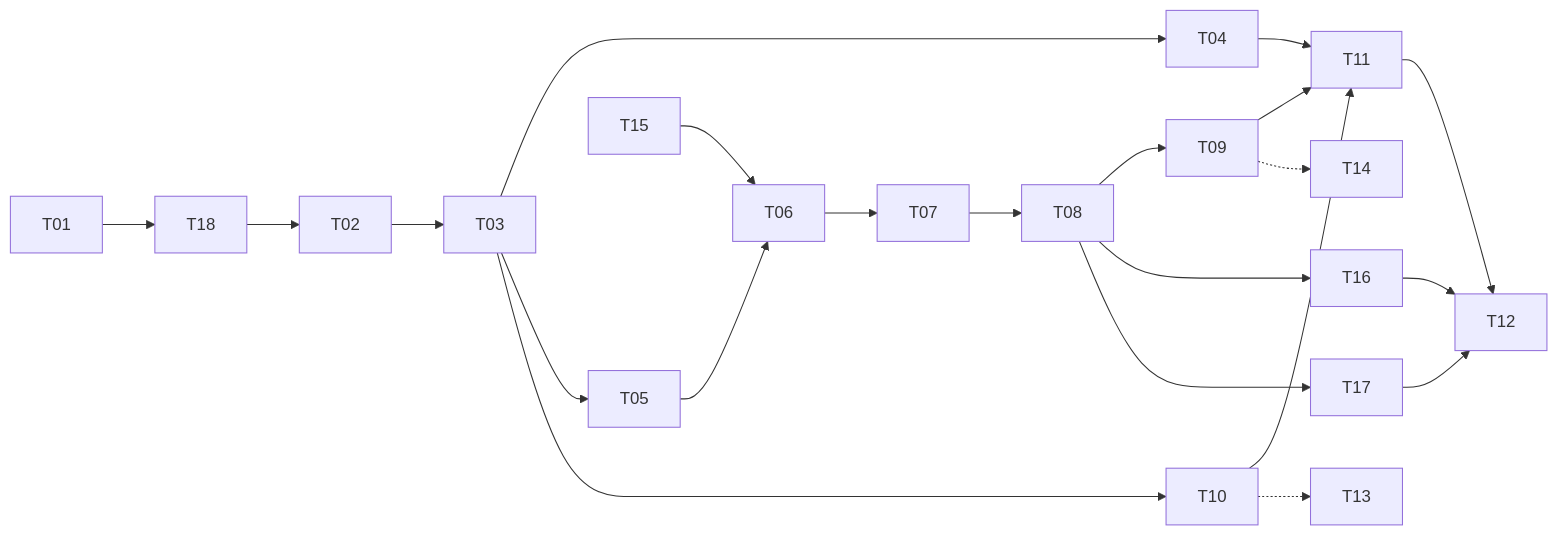
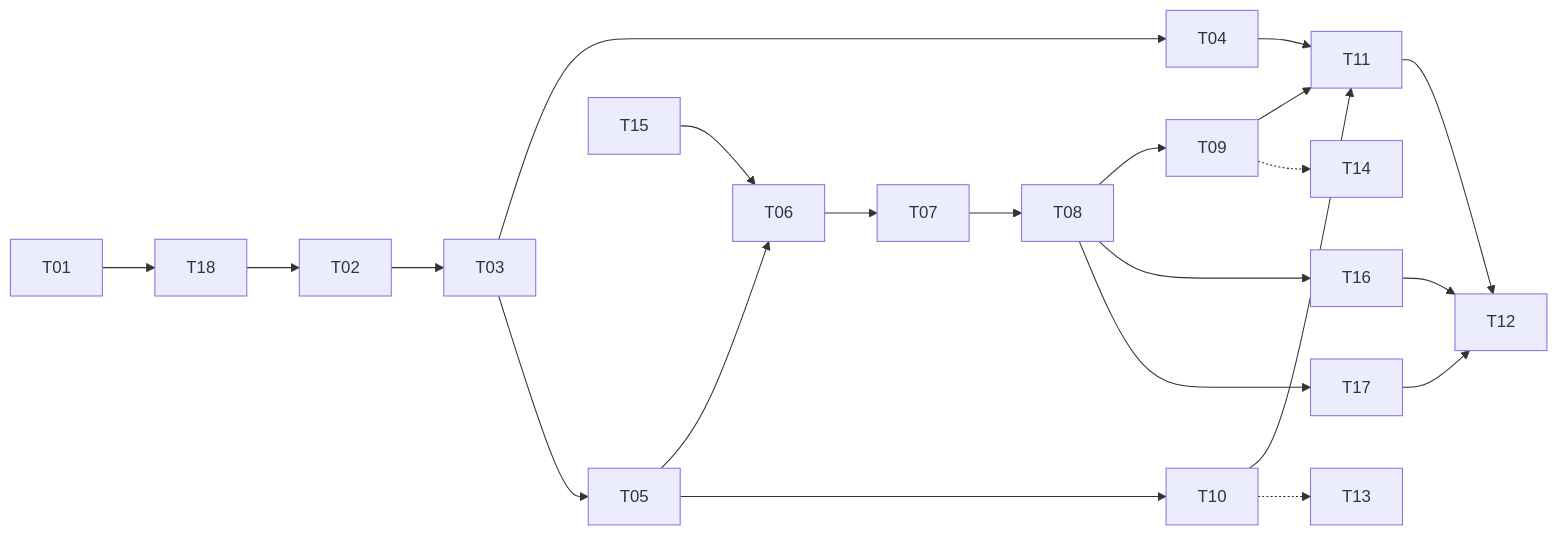
Before and after one commit to Rvelamen/Octopus: the diagram in docs/plans/book-character-agents/implementation-plan.md, drawn with Mermaid. The commit also changed other lines of this file and 11 other files, not shown here.

````diff
--- a/docs/plans/book-character-agents/implementation-plan.md
+++ b/docs/plans/book-character-agents/implementation-plan.md
@@ -45,16 +45,16 @@
 ```mermaid
 flowchart LR
   T01 --> T18 --> T02 --> T03
   T03 --> T04
   T03 --> T05 --> T06 --> T07 --> T08 --> T09
   T15 --> T06
-  T03 --> T10
+  T05 --> T10
   T04 --> T11
   T09 --> T11
   T10 --> T11
   T11 --> T12
   T08 --> T16 --> T12
   T08 --> T17 --> T12
   T10 -.-> T13
   T09 -.-> T14
 ```
````
